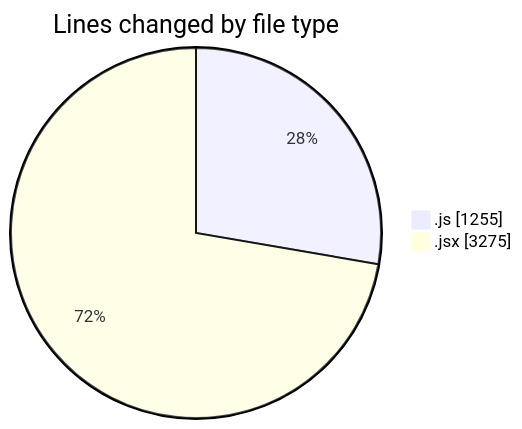
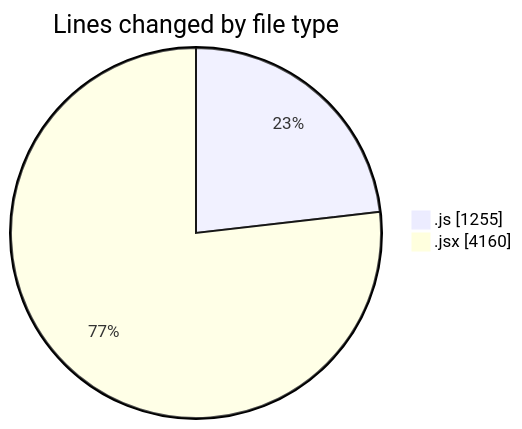
Before and after one commit to nxtqubesakshisongat/code-tracking: the first of 2 diagrams in 2025-10-10/nxtqube_webapp/README.md, drawn with Mermaid. The commit also changed other lines of this file and 1 other file, not shown here.

````diff
--- a/2025-10-10/nxtqube_webapp/README.md
+++ b/2025-10-10/nxtqube_webapp/README.md
@@ -27,6 +29,6 @@
 ```mermaid
 pie showData
 title Lines changed by file type
 ".js" : 1255
-".jsx" : 3275
+".jsx" : 4160
 ```
````
